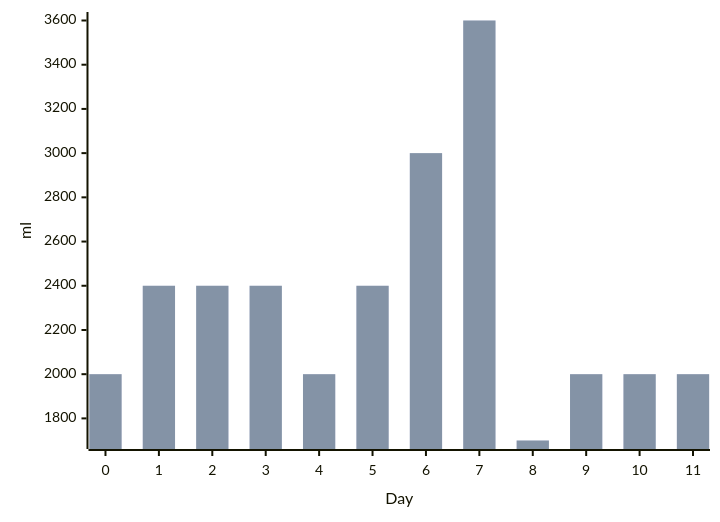
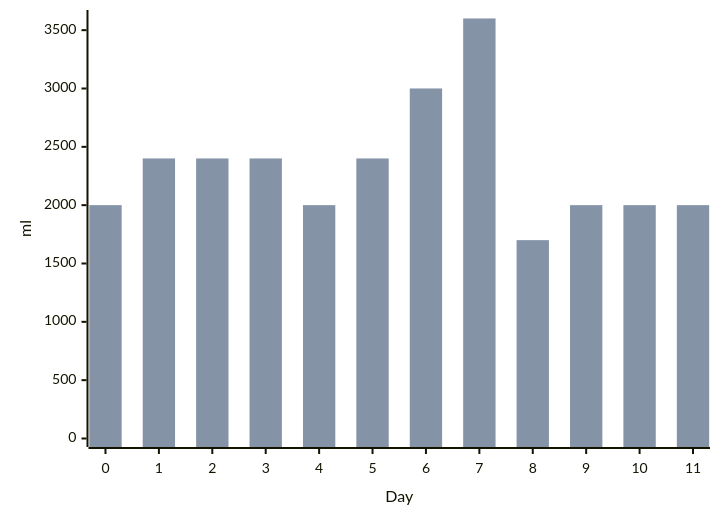
Diagram 14 of 16 in docs/articles/posts/personal-development/fasting/fasting.md (phil-m-kopp/phil-m-kopp.github.io), drawn with Mermaid before and after one commit. The commit also changed other lines of this file and 1 other file, not shown here.

````diff
--- a/docs/articles/posts/personal-development/fasting/fasting.md
+++ b/docs/articles/posts/personal-development/fasting/fasting.md
@@ -323,8 +331,8 @@
 ``` mermaid
 xychart-beta
     x-axis "Day" 0 --> 11
-    y-axis "ml"
+    y-axis "ml" 0 --> 3600
 
     bar [2000, 2400, 2400, 2400, 2000, 2400, 3000, 3600, 1700, 2000, 2000, 2000]
     bar [2000, 2400, 2400, 2400, 2000, 2400, 3000, 3600, 1700, 2000, 2000, 2000]
 ```
````
